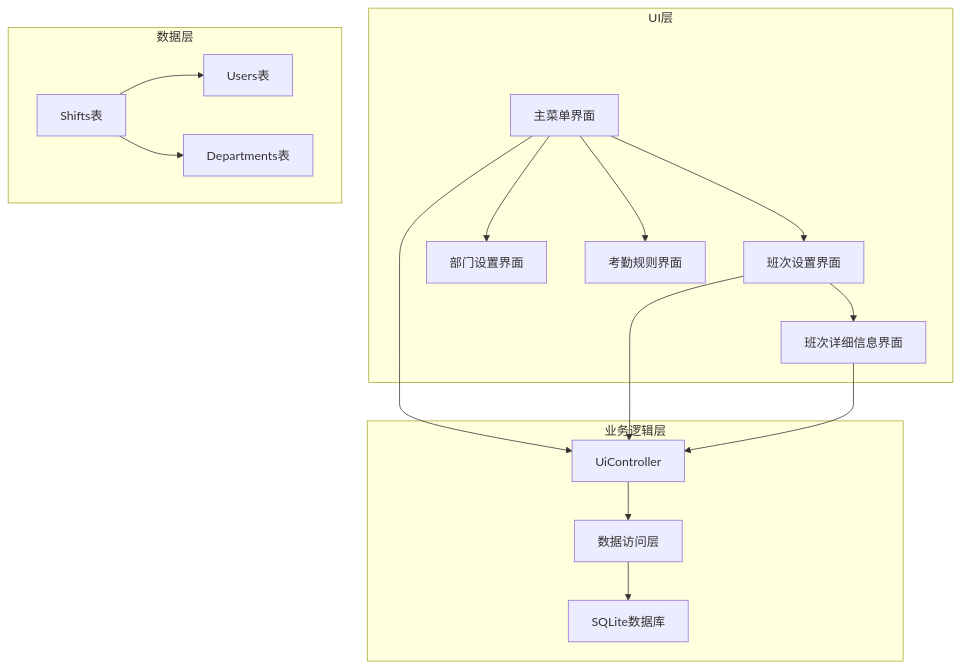
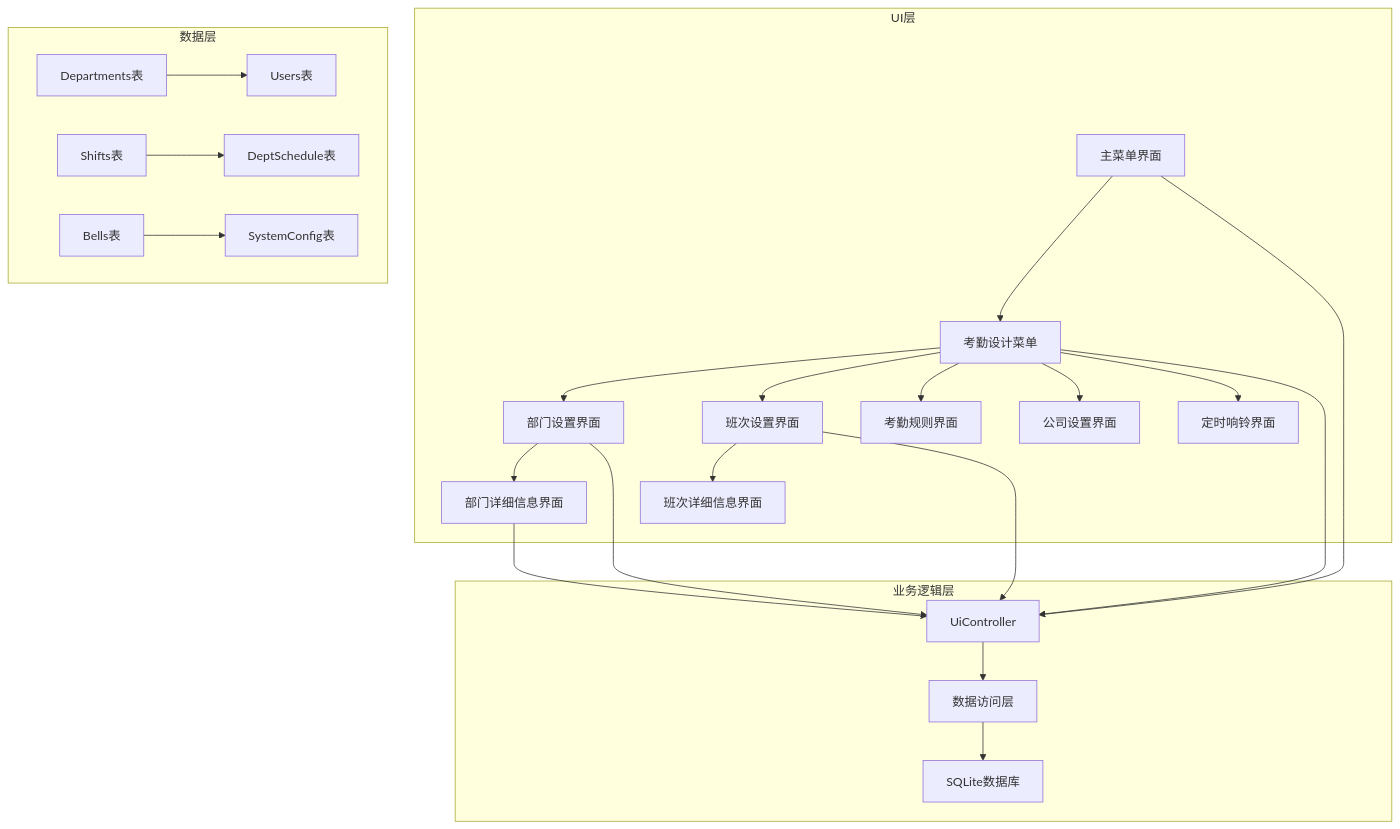
The first of 14 diagrams in .qoder/repowiki/zh/content/功能模块详解/班次管理界面.md (Drunk552/SmartAttendance), drawn with Mermaid before and after one commit. The commit also changed other lines of this file and 15 other files, not shown here.

````diff
--- a/.qoder/repowiki/zh/content/功能模块详解/班次管理界面.md
+++ b/.qoder/repowiki/zh/content/功能模块详解/班次管理界面.md
@@ -33,20 +43,27 @@
 ```mermaid
 graph TB
 subgraph "UI层"
-A[主菜单界面] --> B[班次设置界面]
-B --> C[班次详细信息界面]
-A --> D[部门设置界面]
-A --> E[考勤规则界面]
+A[主菜单界面] --> B[考勤设计菜单]
+B --> C[部门设置界面]
+B --> D[班次设置界面]
+B --> E[考勤规则界面]
+B --> F[公司设置界面]
+B --> G[定时响铃界面]
+C --> H[部门详细信息界面]
+D --> I[班次详细信息界面]
 end
 subgraph "业务逻辑层"
-F[UiController] --> G[数据访问层]
-G --> H[SQLite数据库]
+J[UiController] --> K[数据访问层]
+K --> L[SQLite数据库]
 end
 subgraph "数据层"
-I[Shifts表] --> J[Users表]
-I --> K[Departments表]
+M[Departments表] --> N[Users表]
+O[Shifts表] --> P[DeptSchedule表]
+Q[Bells表] --> R[SystemConfig表]
 end
-A --> F
-B --> F
-C --> F
+A --> J
+B --> J
+C --> J
+D --> J
+H --> J
 ```
````
